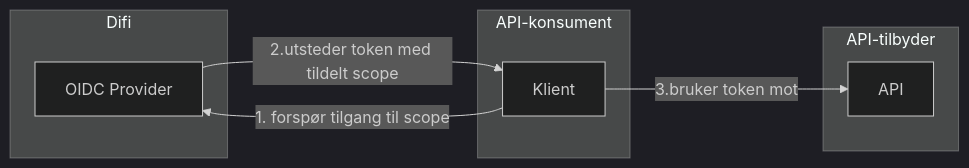
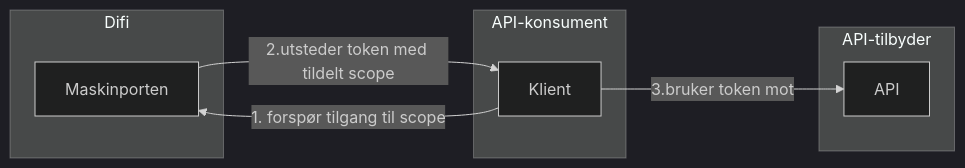
One commit to felleslosninger/docs changed the third of 3 diagrams in _docs/Maskinporten/maskinporten_overordnet.md. Above: the diagram before and after it, drawn with Mermaid (dark theme). The commit also changed other lines of this file and 6 other files, not shown here.

Commit message:
fjerne referanser til ID-porten og OIDC.

```diff
--- a/_docs/Maskinporten/maskinporten_overordnet.md
+++ b/_docs/Maskinporten/maskinporten_overordnet.md
@@ -49,15 +49,15 @@
 <div class="mermaid">
 graph LR
   subgraph API-tilbyder
     API
   end
   subgraph Difi
-    OIDC[OIDC Provider]
+    Maskinporten[Maskinporten]
   end
   subgraph API-konsument
      ny[Klient]
   end
-  OIDC -->|2.utsteder token med tildelt scope|ny
-  ny -->|1. forspør tilgang til scope|OIDC
+  Maskinporten -->|2.utsteder token med tildelt scope|ny
+  ny -->|1. forspør tilgang til scope|Maskinporten
   ny -->|3.bruker token mot|API
 </div>
```
